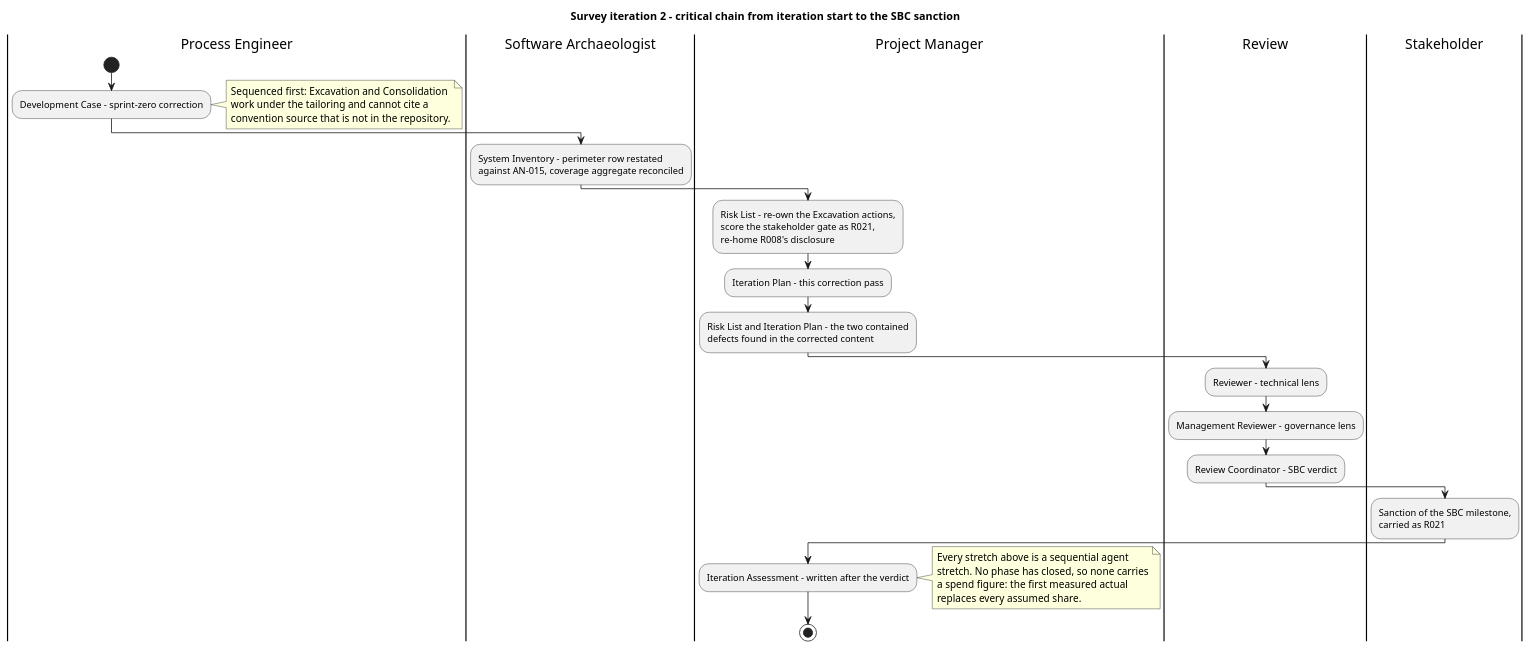
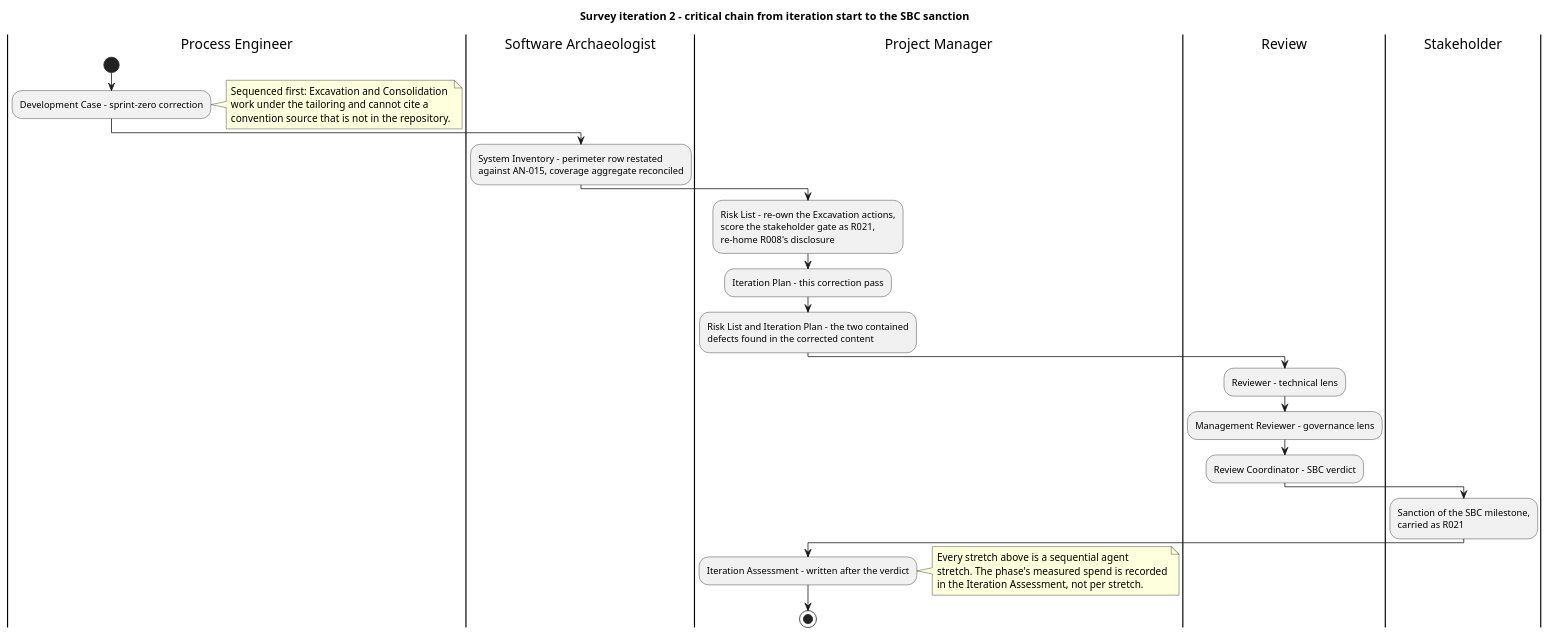
Before and after one commit to banense-test/TodoApp: the third of 3 diagrams in docs/artifacts/project-management/iteration-plan.md, drawn with PlantUML. The commit also changed other lines of this file, not shown here.

First line of the commit message:
Project Manager [Survey2]: upsert Iteration Plan

````diff
--- a/docs/artifacts/project-management/iteration-plan.md
+++ b/docs/artifacts/project-management/iteration-plan.md
@@ -207,47 +192,46 @@
 ```plantuml
 @startuml
 title Survey iteration 2 - critical chain from iteration start to the SBC sanction
 skinparam shadowing false
 skinparam defaultTextAlignment left
 
 |Process Engineer|
 start
 :Development Case - sprint-zero correction;
 note right
   Sequenced first: Excavation and Consolidation
   work under the tailoring and cannot cite a
   convention source that is not in the repository.
 end note
 
 |Software Archaeologist|
 :System Inventory - perimeter row restated
 against AN-015, coverage aggregate reconciled;
 
 |Project Manager|
 :Risk List - re-own the Excavation actions,
 score the stakeholder gate as R021,
 re-home R008's disclosure;
 :Iteration Plan - this correction pass;
 :Risk List and Iteration Plan - the two contained
 defects found in the corrected content;
 
 |Review|
 :Reviewer - technical lens;
 :Management Reviewer - governance lens;
 :Review Coordinator - SBC verdict;
 
 |Stakeholder|
 :Sanction of the SBC milestone,
 carried as R021;
 
 |Project Manager|
 :Iteration Assessment - written after the verdict;
 note right
   Every stretch above is a sequential agent
-  stretch. No phase has closed, so none carries
-  a spend figure: the first measured actual
-  replaces every assumed share.
+  stretch. The phase's measured spend is recorded
+  in the Iteration Assessment, not per stretch.
 end note
 stop
 @enduml
 ```
````
